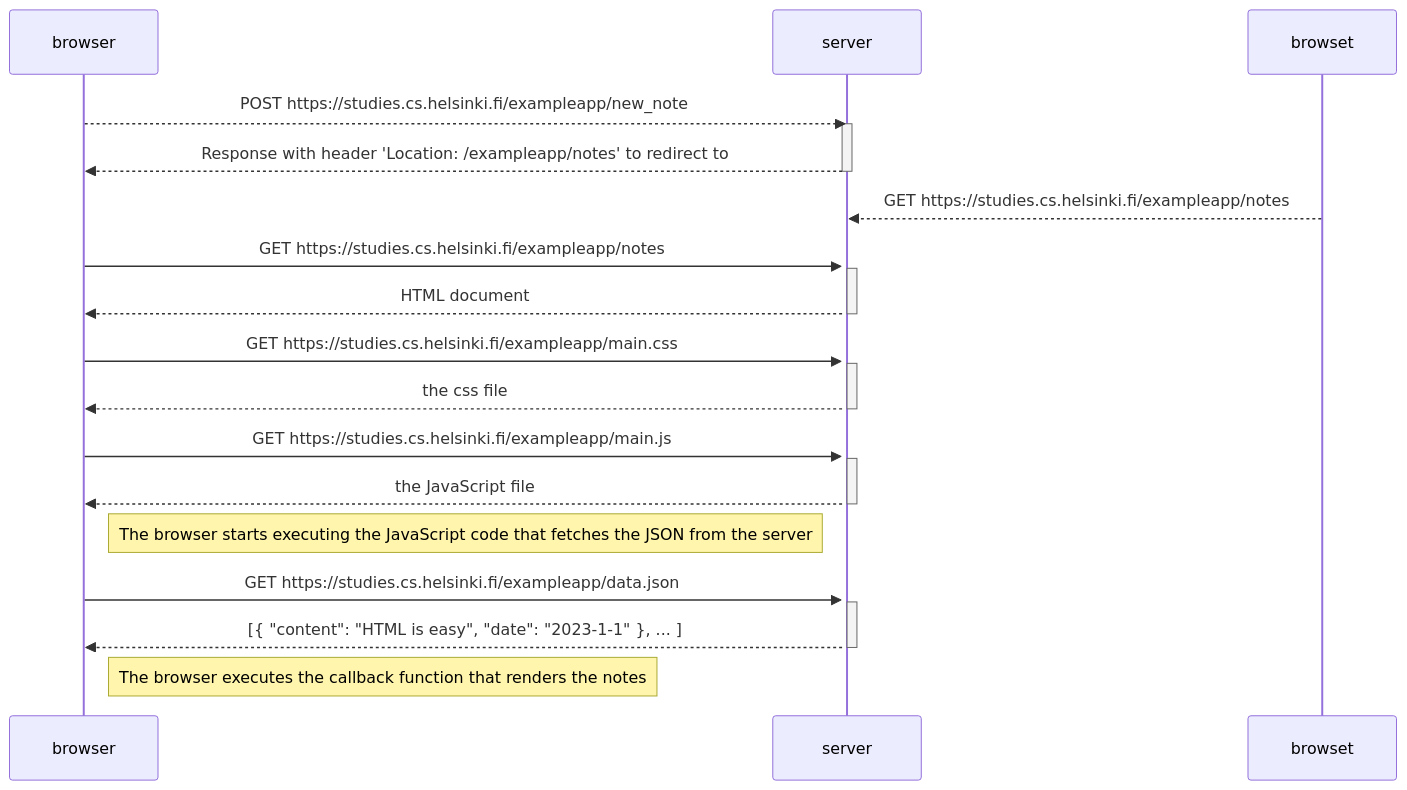
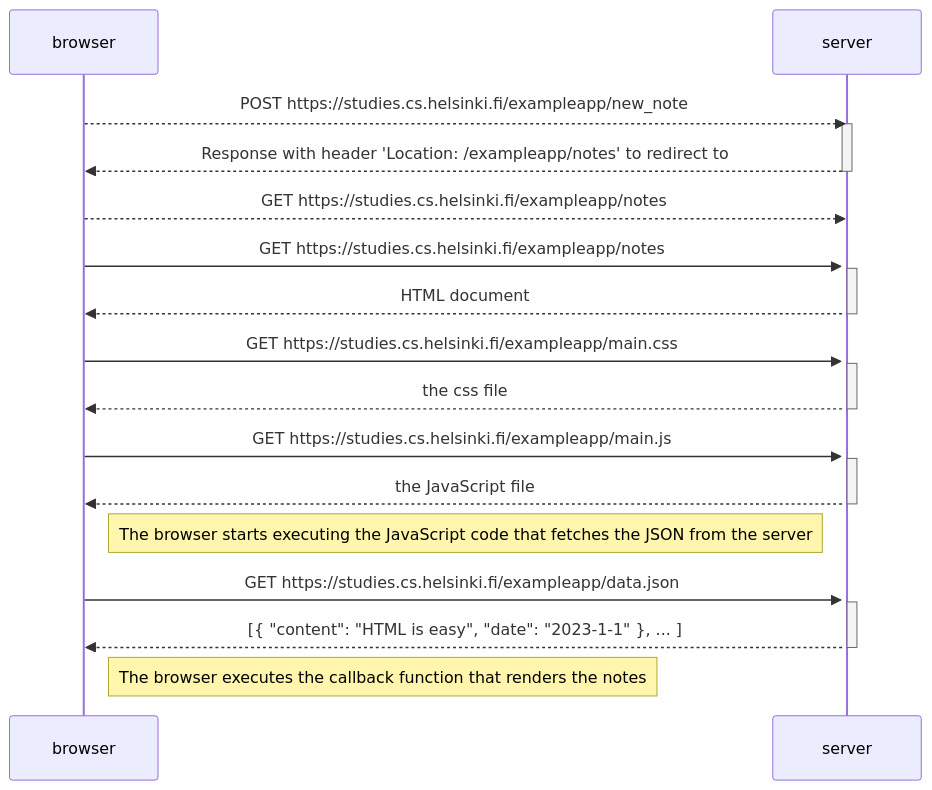
One commit to noman-s/Full-Stack-Open changed the diagram in part0/exercise0-4-new-note-diagram.md. Above: the diagram before and after it, drawn with Mermaid. The commit also changed other lines of this file, not shown here.

Commit message:
Fix typo for browser in sequence diagram

````diff
--- a/part0/exercise0-4-new-note-diagram.md
+++ b/part0/exercise0-4-new-note-diagram.md
@@ -38,36 +38,36 @@
 ```mermaid
 sequenceDiagram
     participant browser
     participant server
 
     browser-->>server: POST https://studies.cs.helsinki.fi/exampleapp/new_note
     activate server
     server-->>browser: Response with header 'Location: /exampleapp/notes' to redirect to
     deactivate server
 
-    browset-->>server: GET https://studies.cs.helsinki.fi/exampleapp/notes
+    browser-->>server: GET https://studies.cs.helsinki.fi/exampleapp/notes
     activate server
     browser->>server: GET https://studies.cs.helsinki.fi/exampleapp/notes
     activate server
     server-->>browser: HTML document
     deactivate server
 
     browser->>server: GET https://studies.cs.helsinki.fi/exampleapp/main.css
     activate server
     server-->>browser: the css file
     deactivate server
 
     browser->>server: GET https://studies.cs.helsinki.fi/exampleapp/main.js
     activate server
     server-->>browser: the JavaScript file
     deactivate server
 
     Note right of browser: The browser starts executing the JavaScript code that fetches the JSON from the server
 
     browser->>server: GET https://studies.cs.helsinki.fi/exampleapp/data.json
     activate server
     server-->>browser: [{ "content": "HTML is easy", "date": "2023-1-1" }, ... ]
     deactivate server
 
     Note right of browser: The browser executes the callback function that renders the notes
 ```
````
